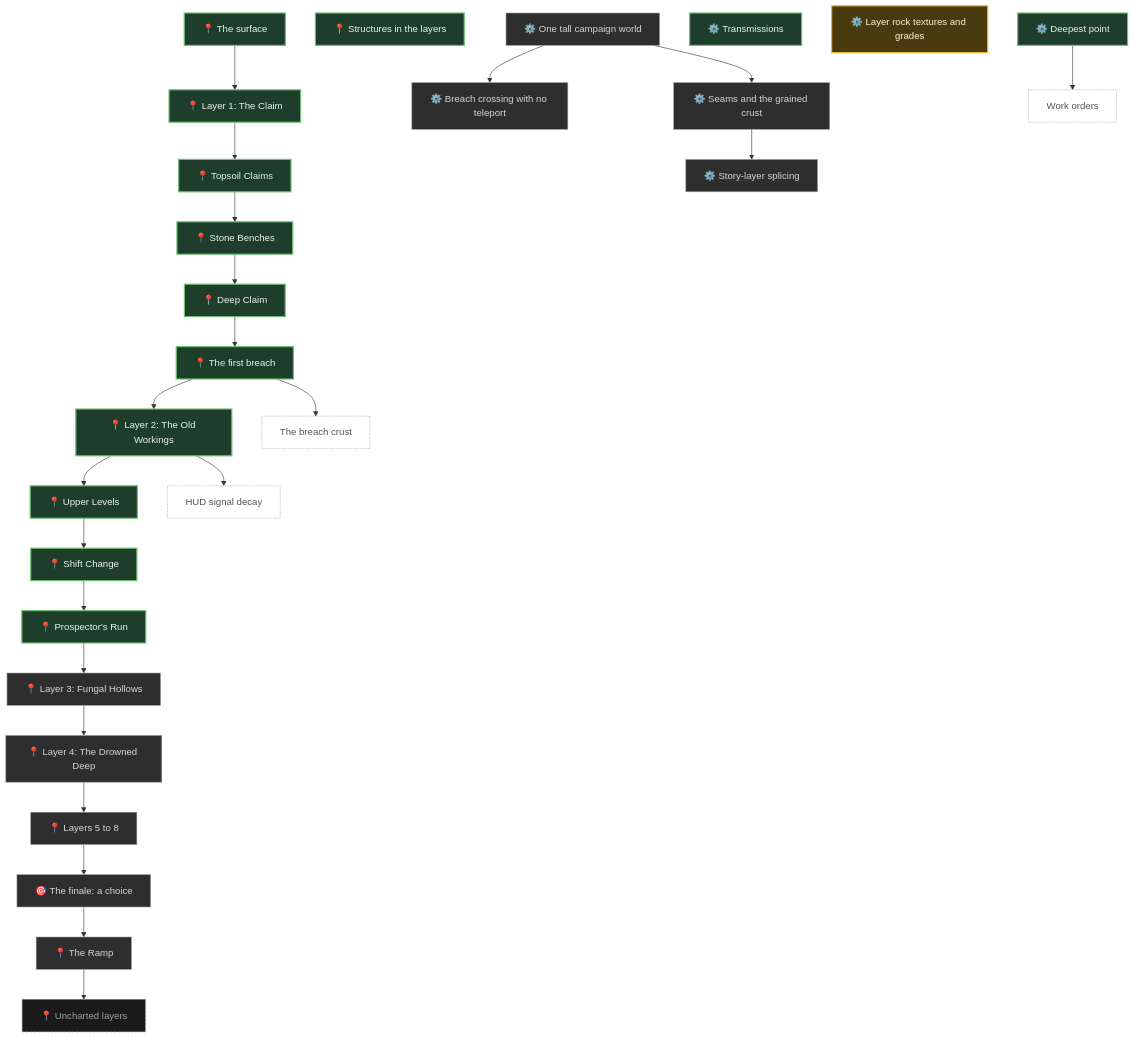
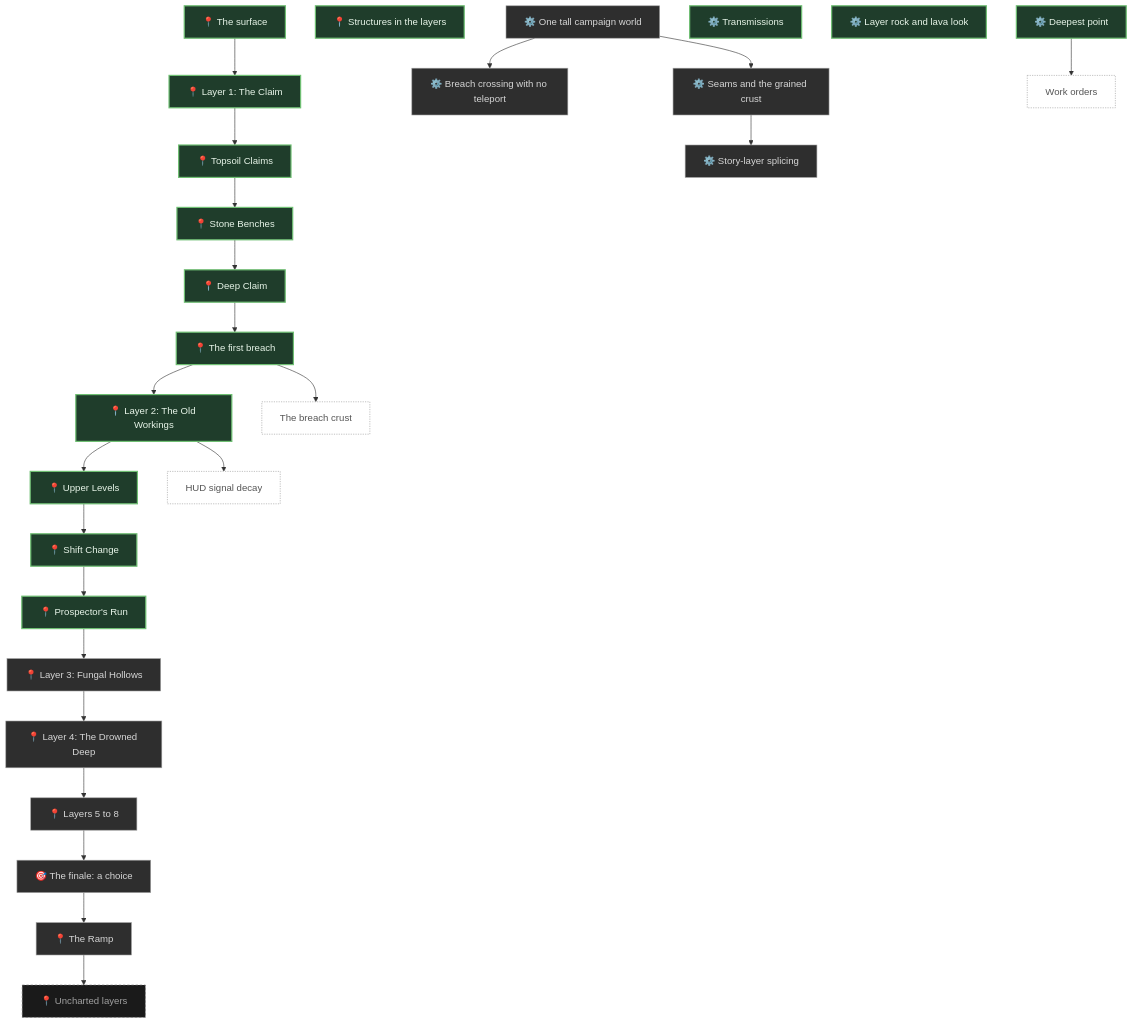
Diagram 25 of 30 in docs/FEATURE-MAP.md (pkeppeler/deepcharter), drawn with Mermaid before and after one commit. The commit also changed other lines of this file and 2 other files, not shown here.

Commit message:
Feature map: the layer rock and lava look is built (#241)

````diff
--- a/docs/FEATURE-MAP.md
+++ b/docs/FEATURE-MAP.md
@@ -1319,61 +1318,60 @@
 ```mermaid
 flowchart TB
   n_surface["📍 The surface"]
   n_layer_1["📍 Layer 1: The Claim"]
   n_l1_topsoil["📍 Topsoil Claims"]
   n_l1_benches["📍 Stone Benches"]
   n_l1_deep["📍 Deep Claim"]
   n_layer_structures["📍 Structures in the layers"]
   n_breach_1["📍 The first breach"]
   n_deepest_point["⚙️ Deepest point"]
   n_transmissions["⚙️ Transmissions"]
   n_layer_2["📍 Layer 2: The Old Workings"]
-  n_layer_depth_look["⚙️ Layer rock textures and grades"]
+  n_layer_depth_look["⚙️ Layer rock and lava look"]
   n_l2_upper["📍 Upper Levels"]
   n_l2_shift["📍 Shift Change"]
   n_l2_run["📍 Prospector's Run"]
   n_breach_in_world["⚙️ Breach crossing with no teleport"]
   n_campaign_world["⚙️ One tall campaign world"]
   n_layer_3["📍 Layer 3: Fungal Hollows"]
   n_layer_4["📍 Layer 4: The Drowned Deep"]
   n_layers_5_8["📍 Layers 5 to 8"]
   n_finale["🎯 The finale: a choice"]
   n_ramp["📍 The Ramp"]
   n_seams["⚙️ Seams and the grained crust"]
   n_splice["⚙️ Story-layer splicing"]
   n_uncharted["📍 Uncharted layers"]
   n_breach_crust["The breach crust"]
   n_signal_decay["HUD signal decay"]
   n_work_orders["Work orders"]
   n_breach_1 --> n_breach_crust
   n_breach_1 --> n_layer_2
   n_campaign_world --> n_breach_in_world
   n_campaign_world --> n_seams
   n_deepest_point --> n_work_orders
   n_finale --> n_ramp
   n_l1_benches --> n_l1_deep
   n_l1_deep --> n_breach_1
   n_l1_topsoil --> n_l1_benches
   n_l2_run --> n_layer_3
   n_l2_shift --> n_l2_run
   n_l2_upper --> n_l2_shift
   n_layer_1 --> n_l1_topsoil
   n_layer_2 --> n_l2_upper
   n_layer_2 --> n_signal_decay
   n_layer_3 --> n_layer_4
   n_layer_4 --> n_layers_5_8
   n_layers_5_8 --> n_finale
   n_ramp --> n_uncharted
   n_seams --> n_splice
   n_surface --> n_layer_1
   classDef built fill:#1f3d2b,stroke:#6fbf73,stroke-width:2px,color:#e8f5e9
   classDef progress fill:#4a3a10,stroke:#f0b429,stroke-width:2px,color:#fff3d6
   classDef planned fill:#2e2e2e,stroke:#9e9e9e,stroke-width:1px,color:#d6d6d6
   classDef idea fill:#1a1a1a,stroke:#757575,stroke-width:1px,stroke-dasharray:4 3,color:#a0a0a0
   classDef ext fill:#ffffff,stroke:#999999,stroke-width:1px,stroke-dasharray:2 2,color:#555555
-  class n_surface,n_layer_1,n_l1_topsoil,n_l1_benches,n_l1_deep,n_layer_structures,n_breach_1,n_deepest_point,n_transmissions,n_layer_2,n_l2_upper,n_l2_shift,n_l2_run built
-  class n_layer_depth_look progress
+  class n_surface,n_layer_1,n_l1_topsoil,n_l1_benches,n_l1_deep,n_layer_structures,n_breach_1,n_deepest_point,n_transmissions,n_layer_2,n_layer_depth_look,n_l2_upper,n_l2_shift,n_l2_run built
   class n_breach_in_world,n_campaign_world,n_layer_3,n_layer_4,n_layers_5_8,n_finale,n_ramp,n_seams,n_splice planned
   class n_uncharted idea
   class n_breach_crust,n_signal_decay,n_work_orders ext
 ```
````
